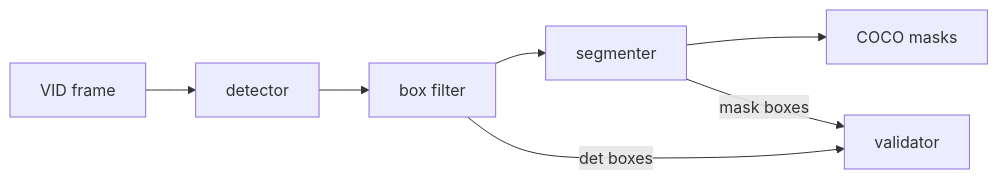
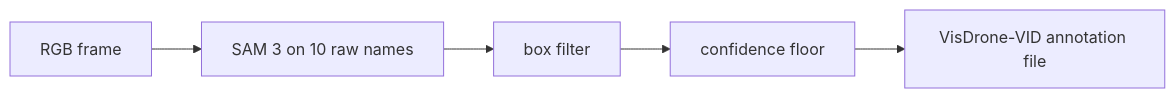
One commit to vtarasv/mlops-cv changed the diagram in docs/autolabel.md. Above: the diagram before and after it, drawn with Mermaid. The commit also changed other lines of this file and 10 other files, not shown here.

````diff
--- a/docs/autolabel.md
+++ b/docs/autolabel.md
@@ -27,6 +9,5 @@
-  ```mermaid
-  flowchart LR
-      I[VID frame] --> D[detector] --> F[box filter] --> S[segmenter] --> R[COCO masks]
-      F -- det boxes --> V[validator]
-      S -- mask boxes --> V
-  ```
+```mermaid
+flowchart LR
+    F[RGB frame] --> D[SAM 3 on 10 raw names] --> B[box filter] --> C[confidence floor]
+    C --> A[VisDrone-VID annotation file]
+```
````
